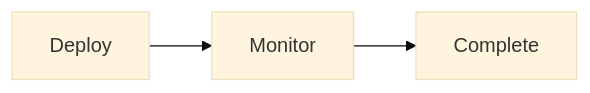
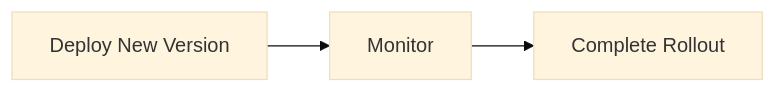
Before and after one commit to akshayachar03/DevOps-Learning: the tenth of 17 diagrams in 02-Detailed-Notes/16-Helm/19-Production Deployments.md, drawn with Mermaid (base theme). The commit also changed other lines of this file, not shown here.

````diff
--- a/02-Detailed-Notes/16-Helm/19-Production Deployments.md
+++ b/02-Detailed-Notes/16-Helm/19-Production Deployments.md
@@ -722,5 +710,7 @@
 ```mermaid
 flowchart LR
 
-Deploy --> Monitor --> Complete
+A[Deploy New Version]
+A --> B[Monitor]
+B --> C[Complete Rollout]
 ```
````
